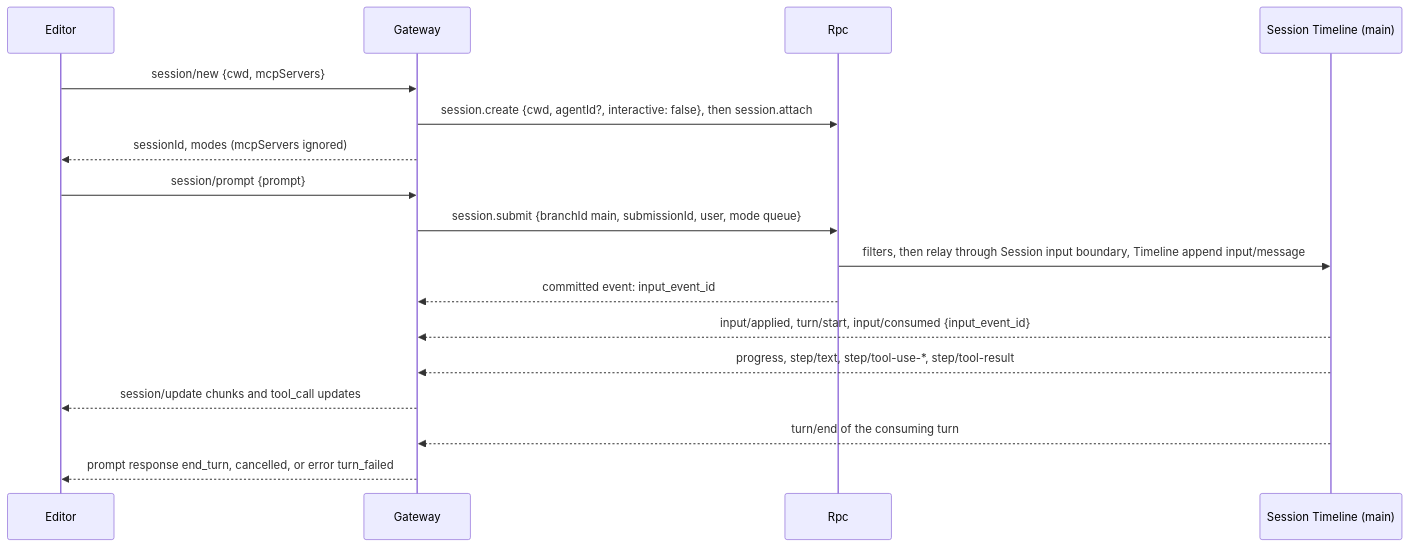
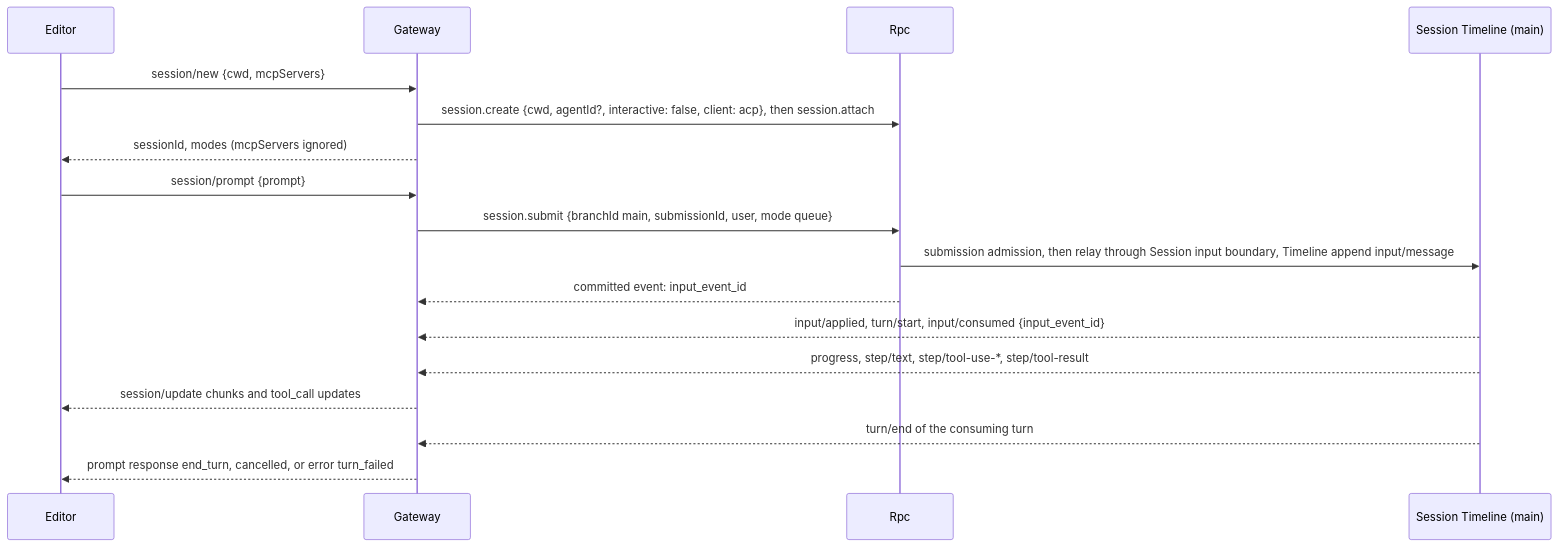
One commit to CoutinhoTTS/dim-agent changed the third of 5 diagrams in docs/design/plugins/AcpGateway.md. Above: the diagram before and after it, drawn with Mermaid. The commit also changed other lines of this file and 3 other files, not shown here.

Commit message:
docs(design): simplify Workflow, ExternalAgent, AcpGateway and Web designs

````diff
--- a/docs/design/plugins/AcpGateway.md
+++ b/docs/design/plugins/AcpGateway.md
@@ -63,19 +63,19 @@
 ```mermaid
 sequenceDiagram
   participant E as Editor
   participant G as Gateway
   participant R as Rpc
   participant TL as Session Timeline (main)
   E->>G: session/new {cwd, mcpServers}
-  G->>R: session.create {cwd, agentId?, interactive: false}, then session.attach
+  G->>R: session.create {cwd, agentId?, interactive: false, client: acp}, then session.attach
   G-->>E: sessionId, modes (mcpServers ignored)
   E->>G: session/prompt {prompt}
   G->>R: session.submit {branchId main, submissionId, user, mode queue}
-  R->>TL: filters, then relay through Session input boundary, Timeline append input/message
+  R->>TL: submission admission, then relay through Session input boundary, Timeline append input/message
   R-->>G: committed event: input_event_id
   TL-->>G: input/applied, turn/start, input/consumed {input_event_id}
   TL-->>G: progress, step/text, step/tool-use-*, step/tool-result
   G-->>E: session/update chunks and tool_call updates
   TL-->>G: turn/end of the consuming turn
   G-->>E: prompt response end_turn, cancelled, or error turn_failed
 ```
````
